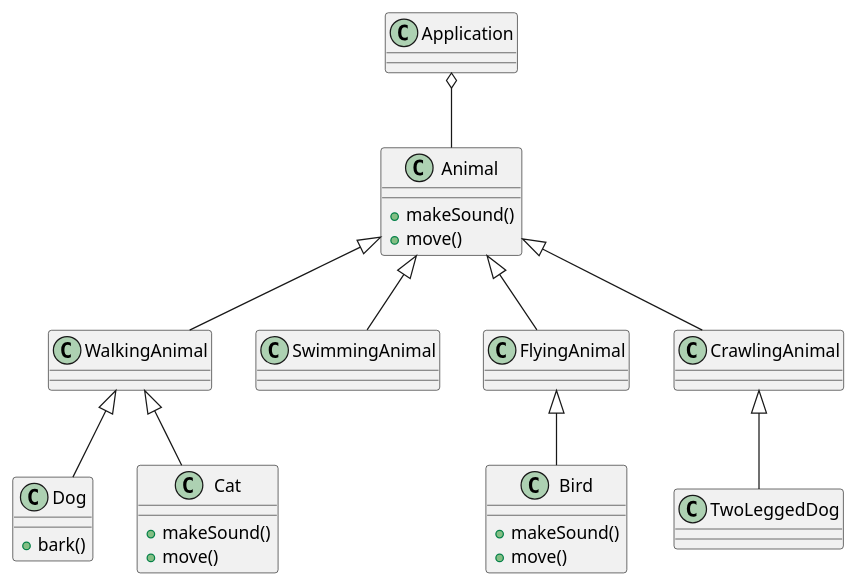
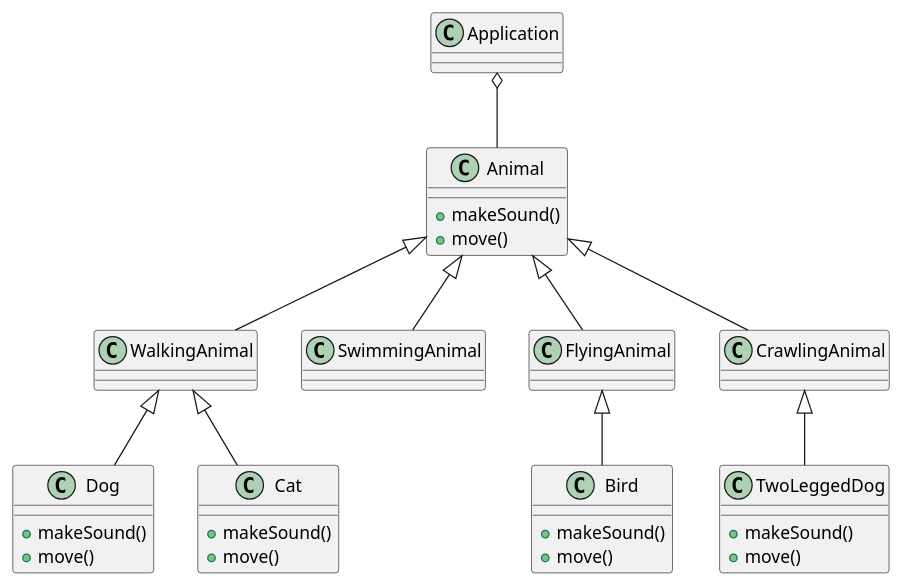
Before and after one commit to D1LLY/COP3330-2021-Summer: the diagram in src/main/diagrams/animals.puml, drawn with PlantUML. The commit also changed 6 other files, not shown here.

```diff
--- a/src/main/diagrams/animals.puml
+++ b/src/main/diagrams/animals.puml
@@ -1,45 +1,51 @@
 @startuml
 class Animal {
     + makeSound()
     + move()
 }
 
 Animal <|-- WalkingAnimal
 Animal <|-- SwimmingAnimal
 Animal <|-- FlyingAnimal
 Animal <|-- CrawlingAnimal
 
 WalkingAnimal <|-- Dog
 WalkingAnimal <|-- Cat
 
 CrawlingAnimal <|-- TwoLeggedDog
 
 
 FlyingAnimal <|-- Bird
 
 class CrawlingAnimal {
 }
 
 class WalkingAnimal {
 
 }
 
 class Dog {
-    + bark()
+    + makeSound()
+    + move()
 }
 
 class Cat {
     + makeSound()
     + move()
 }
 class Bird {
     + makeSound()
     + move()
 }
 
+class TwoLeggedDog {
+    + makeSound()
+    + move()
+}
+
 
 class Application
 
 Application o-- Animal
 
 @enduml
```
